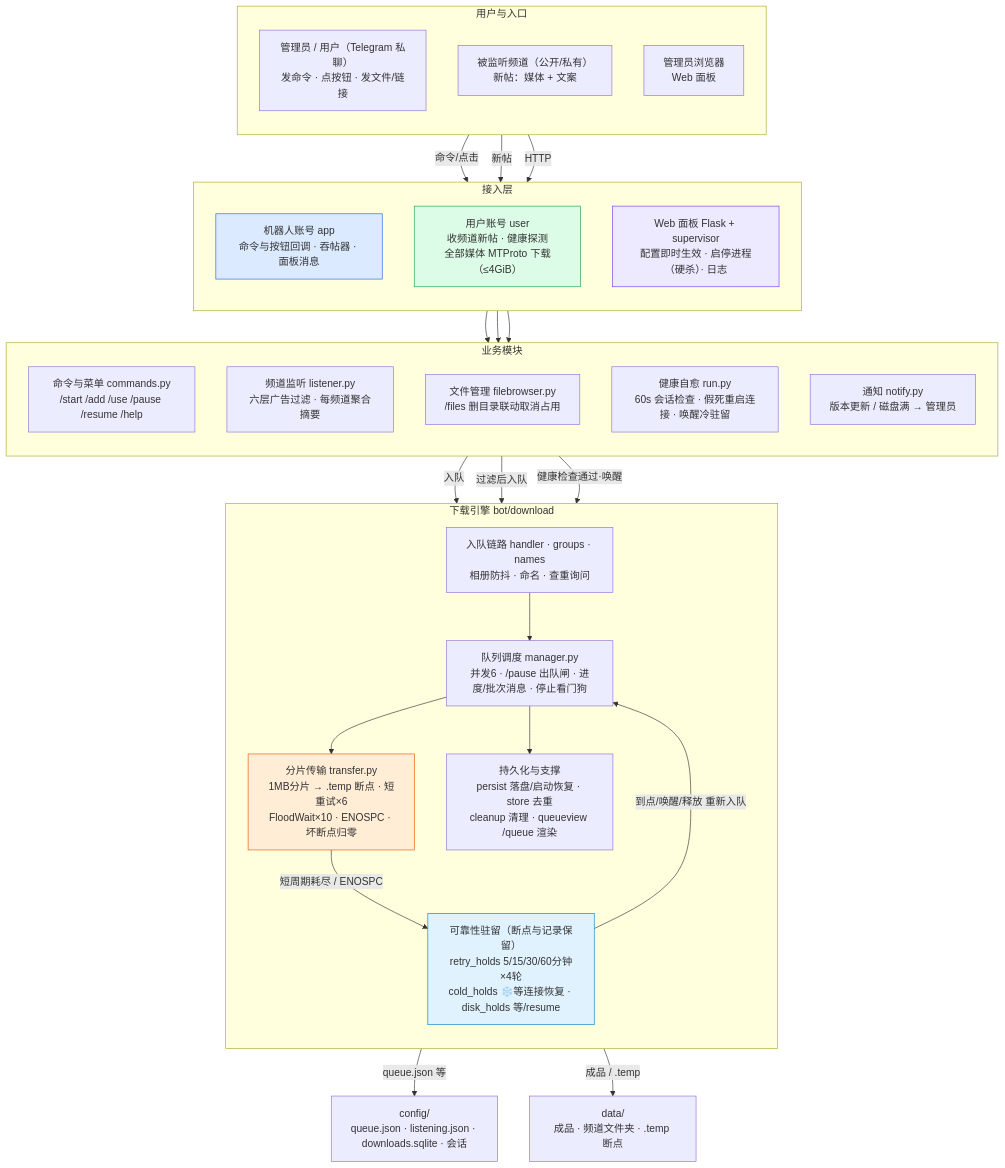
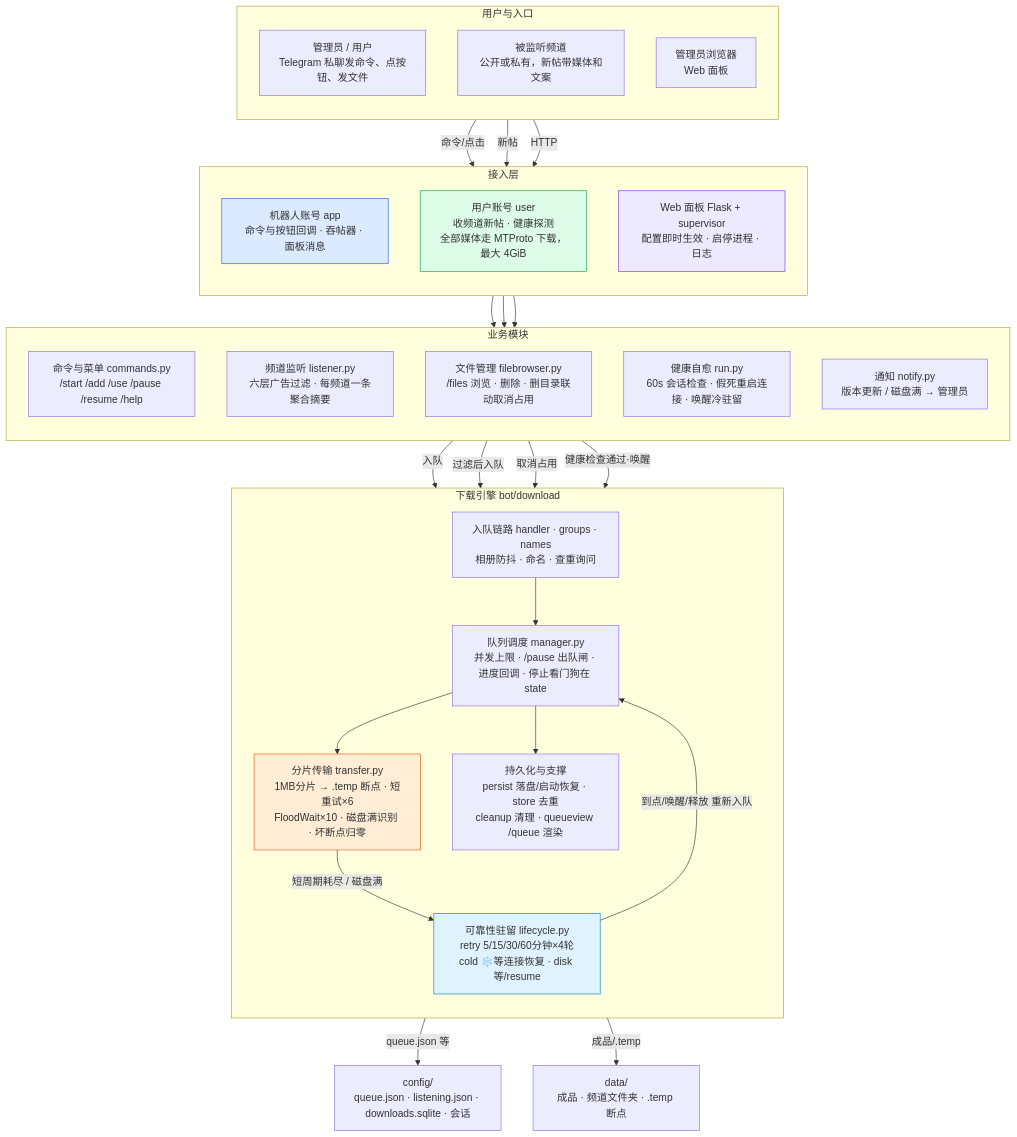
The diagram in STRUCTURE.md (kuke2733/tg-bot-dl), drawn with Mermaid before and after one commit. The commit also changed other lines of this file and 20 other files, not shown here.

````diff
--- a/STRUCTURE.md
+++ b/STRUCTURE.md
@@ -87,62 +7,63 @@
 ```mermaid
 flowchart TB
     subgraph ENTRY["用户与入口"]
         direction TB
-        U["管理员 / 用户（Telegram 私聊）<br/>发命令 · 点按钮 · 发文件/链接"]
-        CH["被监听频道（公开/私有）<br/>新帖：媒体 + 文案"]
+        U["管理员 / 用户<br/>Telegram 私聊发命令、点按钮、发文件"]
+        CH["被监听频道<br/>公开或私有，新帖带媒体和文案"]
         BR["管理员浏览器<br/>Web 面板"]
     end
 
     subgraph ACCESS["接入层"]
         direction TB
         BOT["机器人账号 app<br/>命令与按钮回调 · 吞帖器 · 面板消息"]
-        USER["用户账号 user<br/>收频道新帖 · 健康探测<br/>全部媒体 MTProto 下载（≤4GiB）"]
-        PANEL["Web 面板 Flask + supervisor<br/>配置即时生效 · 启停进程（硬杀）· 日志"]
+        USER["用户账号 user<br/>收频道新帖 · 健康探测<br/>全部媒体走 MTProto 下载，最大 4GiB"]
+        PANEL["Web 面板 Flask + supervisor<br/>配置即时生效 · 启停进程 · 日志"]
     end
 
     subgraph BIZ["业务模块"]
         direction TB
         CMD["命令与菜单 commands.py<br/>/start /add /use /pause /resume /help"]
-        LIS["频道监听 listener.py<br/>六层广告过滤 · 每频道聚合摘要"]
-        FB["文件管理 filebrowser.py<br/>/files 删目录联动取消占用"]
+        LIS["频道监听 listener.py<br/>六层广告过滤 · 每频道一条聚合摘要"]
+        FB["文件管理 filebrowser.py<br/>/files 浏览 · 删除 · 删目录联动取消占用"]
         RUN["健康自愈 run.py<br/>60s 会话检查 · 假死重启连接 · 唤醒冷驻留"]
         NTF["通知 notify.py<br/>版本更新 / 磁盘满 → 管理员"]
     end
 
     subgraph ENGINE["下载引擎 bot/download"]
         direction TB
         ENQ["入队链路 handler · groups · names<br/>相册防抖 · 命名 · 查重询问"]
-        MGR["队列调度 manager.py<br/>并发6 · /pause 出队闸 · 进度/批次消息 · 停止看门狗"]
-        TRF["分片传输 transfer.py<br/>1MB分片 → .temp 断点 · 短重试×6<br/>FloodWait×10 · ENOSPC · 坏断点归零"]
-        HOLD["可靠性驻留（断点与记录保留）<br/>retry_holds 5/15/30/60分钟×4轮<br/>cold_holds ❄️等连接恢复 · disk_holds 等/resume"]
+        MGR["队列调度 manager.py<br/>并发上限 · /pause 出队闸 · 进度回调 · 停止看门狗在 state"]
+        TRF["分片传输 transfer.py<br/>1MB分片 → .temp 断点 · 短重试×6<br/>FloodWait×10 · 磁盘满识别 · 坏断点归零"]
+        HOLD["可靠性驻留 lifecycle.py<br/>retry 5/15/30/60分钟×4轮<br/>cold ❄️等连接恢复 · disk 等/resume"]
         SUP["持久化与支撑<br/>persist 落盘/启动恢复 · store 去重<br/>cleanup 清理 · queueview /queue 渲染"]
     end
 
     U -->|命令/点击| BOT
     CH -->|新帖| USER
     BR -->|HTTP| PANEL
     BOT --> CMD
     BOT --> FB
     USER --> LIS
     CMD -->|入队| ENQ
     LIS -->|过滤后入队| ENQ
+    FB -->|取消占用| MGR
     ENQ --> MGR
     MGR --> TRF
-    TRF -->|短周期耗尽 / ENOSPC| HOLD
+    TRF -->|短周期耗尽 / 磁盘满| HOLD
     HOLD -->|到点/唤醒/释放 重新入队| MGR
     RUN -->|健康检查通过·唤醒| HOLD
     MGR --> SUP
     SUP -->|queue.json 等| CFG["config/<br/>queue.json · listening.json · downloads.sqlite · 会话"]
-    TRF -->|成品 / .temp| DATA["data/<br/>成品 · 频道文件夹 · .temp 断点"]
+    TRF -->|成品/.temp| DATA["data/<br/>成品 · 频道文件夹 · .temp 断点"]
 
     classDef cbot fill:#dbeafe,stroke:#2563eb
     classDef cuser fill:#dcfce7,stroke:#16a34a
     classDef cweb fill:#ede9fe,stroke:#7c3aed
     classDef corange fill:#ffedd5,stroke:#ea580c
     classDef csky fill:#e0f2fe,stroke:#0284c7
     class BOT cbot
     class USER cuser
     class PANEL cweb
     class TRF corange
     class HOLD csky
 ```
````
